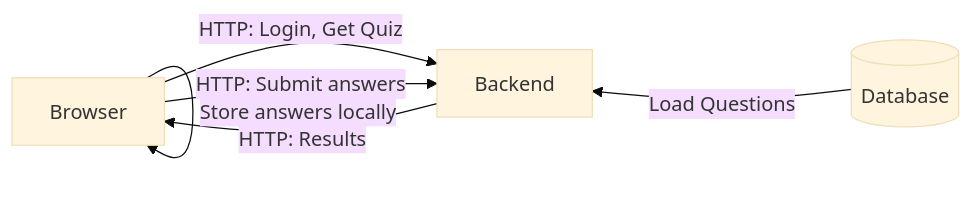
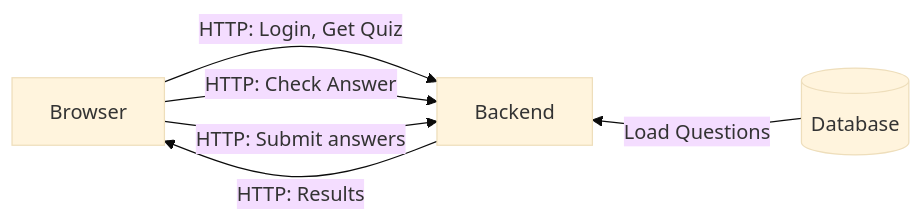
One commit to PSI-RDB-2026/QuizApp changed the third of 5 diagrams in docs/DESIGN.md. Above: the diagram before and after it, drawn with Mermaid (base theme). The commit also changed other lines of this file, not shown here.

````diff
--- a/docs/DESIGN.md
+++ b/docs/DESIGN.md
@@ -52,18 +111,18 @@
 ```mermaid
 flowchart LR
     Browser[Browser]
     Backend[Backend]
     DB[(Database)]
 
     Browser -->|HTTP: Login, Get Quiz| Backend
-    Browser -->|Store answers locally| Browser
+    Browser -->|HTTP: Check Answer| Backend
     Browser -->|HTTP: Submit answers| Backend
 
     DB -->|Load Questions| Backend
 
-    Backend ~~~ DB    
-    
+    Backend ~~~ DB
+
     Backend -->|HTTP: Results| Browser
 
-    
+
 ```
````
